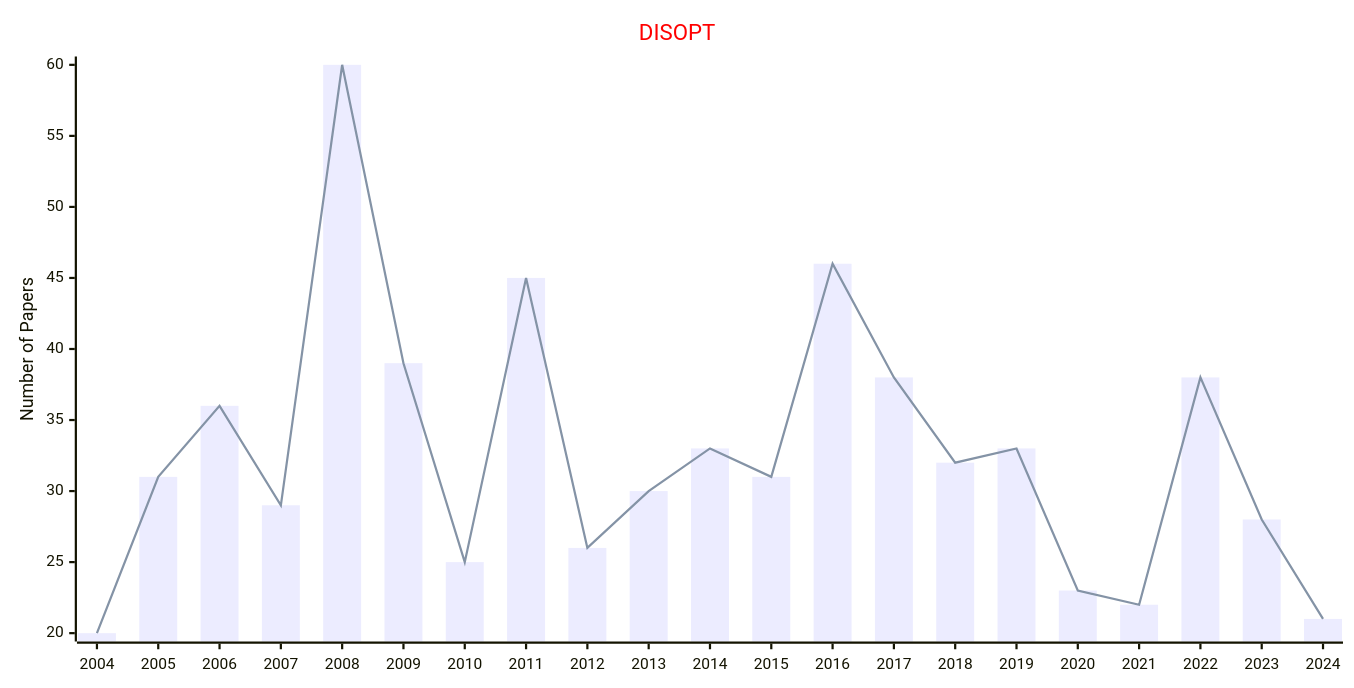
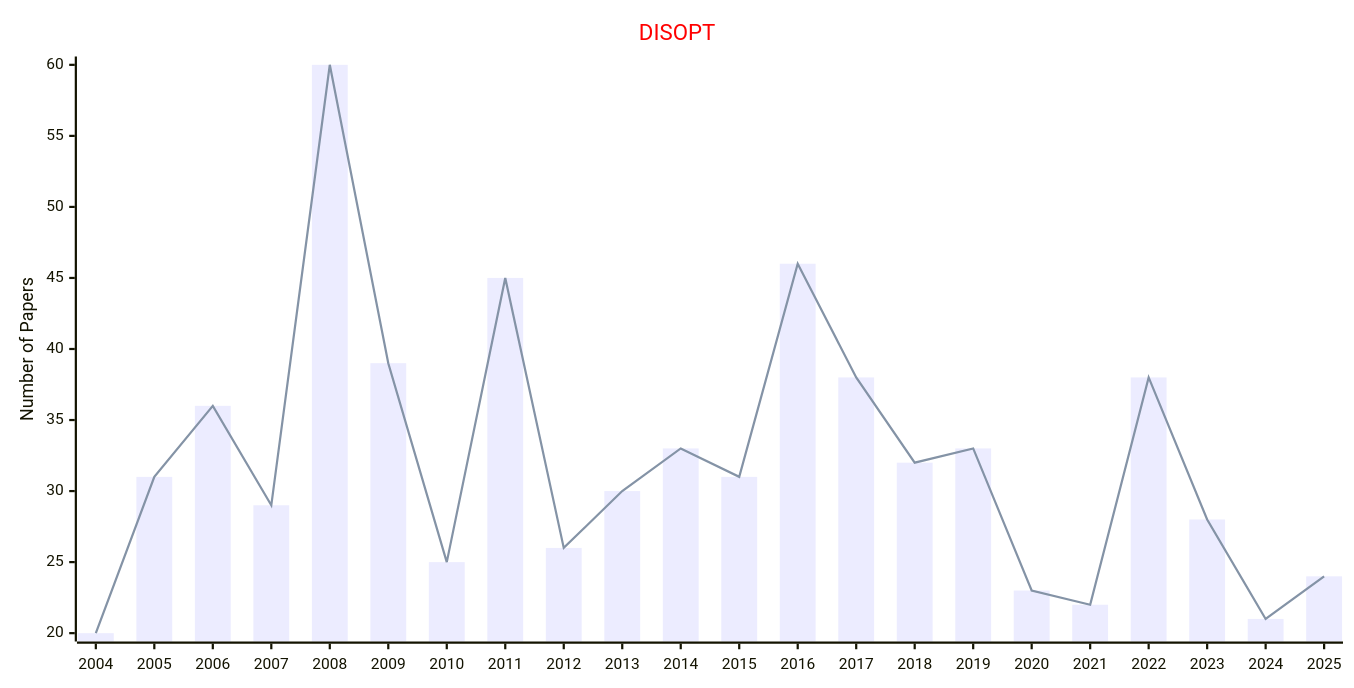
Before and after one commit to Easy-PhD/AILinks: the diagram in docs/data/Journals/Statistics_Journals/Discrete_Optimization.md, drawn with Mermaid. The commit also changed 107 other files, not shown here.

````diff
--- a/docs/data/Journals/Statistics_Journals/Discrete_Optimization.md
+++ b/docs/data/Journals/Statistics_Journals/Discrete_Optimization.md
@@ -9,17 +9,17 @@
 ```mermaid
 ---
 config:
     xyChart:
         width: 1200
         height: 600
     themeVariables:
         xyChart:
             titleColor: "#ff0000"
 ---
 xychart-beta
     title "DISOPT"
-    x-axis [2004, 2005, 2006, 2007, 2008, 2009, 2010, 2011, 2012, 2013, 2014, 2015, 2016, 2017, 2018, 2019, 2020, 2021, 2022, 2023, 2024]
+    x-axis [2004, 2005, 2006, 2007, 2008, 2009, 2010, 2011, 2012, 2013, 2014, 2015, 2016, 2017, 2018, 2019, 2020, 2021, 2022, 2023, 2024, 2025]
     y-axis "Number of Papers"
-    bar [20, 31, 36, 29, 60, 39, 25, 45, 26, 30, 33, 31, 46, 38, 32, 33, 23, 22, 38, 28, 21]
-    line [20, 31, 36, 29, 60, 39, 25, 45, 26, 30, 33, 31, 46, 38, 32, 33, 23, 22, 38, 28, 21]
+    bar [20, 31, 36, 29, 60, 39, 25, 45, 26, 30, 33, 31, 46, 38, 32, 33, 23, 22, 38, 28, 21, 24]
+    line [20, 31, 36, 29, 60, 39, 25, 45, 26, 30, 33, 31, 46, 38, 32, 33, 23, 22, 38, 28, 21, 24]
 ```
````
